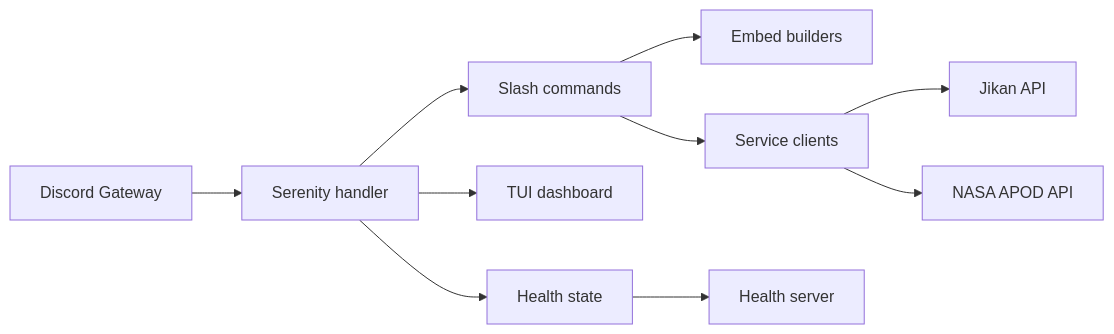
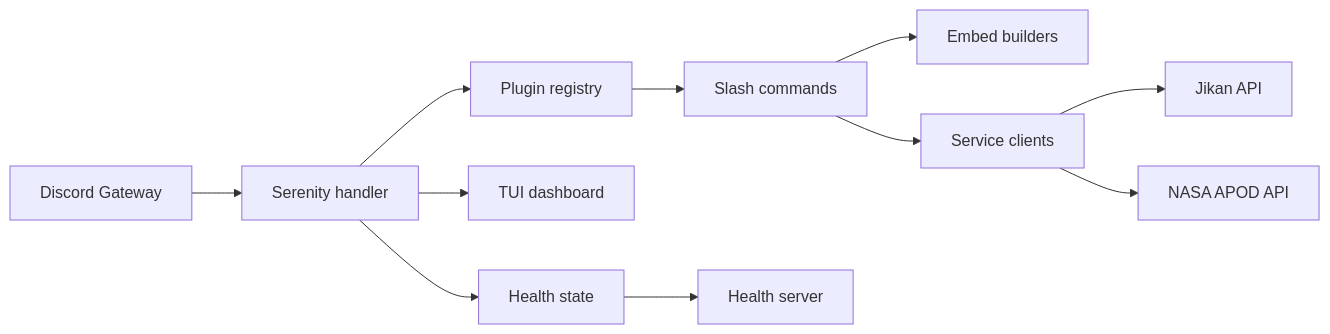
One commit to nathan2slime/seris changed the diagram in docs/architecture.md. Above: the diagram before and after it, drawn with Mermaid. The commit also changed other lines of this file and 5 other files, not shown here.

Commit message:
feat(commands): add plugin registry

````diff
--- a/docs/architecture.md
+++ b/docs/architecture.md
@@ -5,12 +5,13 @@
 ```mermaid
 flowchart LR
   Discord[Discord Gateway] --> Handler[Serenity handler]
-  Handler --> Commands[Slash commands]
+  Handler --> Plugins[Plugin registry]
+  Plugins --> Commands[Slash commands]
   Commands --> Embeds[Embed builders]
   Commands --> Services[Service clients]
   Services --> Jikan[Jikan API]
   Services --> NASA[NASA APOD API]
   Handler --> Dashboard[TUI dashboard]
   Handler --> Health[Health state]
   Health --> HealthHTTP[Health server]
 ```
````
